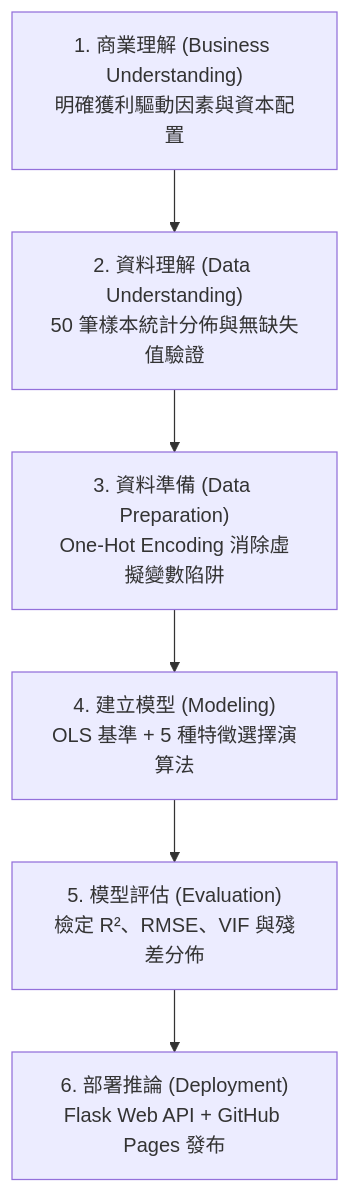
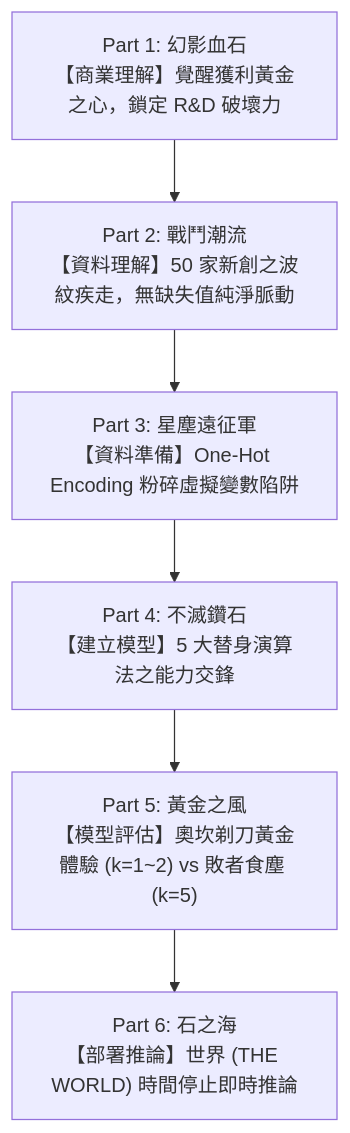
One commit to ryanlin19960221/AIoT-DIC2-MultipleLR changed the diagram in README.md. Above: the diagram before and after it, drawn with Mermaid. The commit also changed other lines of this file and 20 other files, not shown here.

````diff
--- a/README.md
+++ b/README.md
@@ -51,8 +74,8 @@
 ```mermaid
 flowchart TD
-    S1["1. 商業理解 (Business Understanding)<br/>明確獲利驅動因素與資本配置"] --> S2["2. 資料理解 (Data Understanding)<br/>50 筆樣本統計分佈與無缺失值驗證"]
-    S2 --> S3["3. 資料準備 (Data Preparation)<br/>One-Hot Encoding 消除虛擬變數陷阱"]
-    S3 --> S4["4. 建立模型 (Modeling)<br/>OLS 基準 + 5 種特徵選擇演算法"]
-    S4 --> S5["5. 模型評估 (Evaluation)<br/>檢定 R²、RMSE、VIF 與殘差分佈"]
-    S5 --> S6["6. 部署推論 (Deployment)<br/>Flask Web API + GitHub Pages 發布"]
+    P1["Part 1: 幻影血石<br/>【商業理解】覺醒獲利黃金之心，鎖定 R&D 破壞力"] --> P2["Part 2: 戰鬥潮流<br/>【資料理解】50 家新創之波紋疾走，無缺失值純淨脈動"]
+    P2 --> P3["Part 3: 星塵遠征軍<br/>【資料準備】One-Hot Encoding 粉碎虛擬變數陷阱"]
+    P3 --> P4["Part 4: 不滅鑽石<br/>【建立模型】5 大替身演算法之能力交鋒"]
+    P4 --> P5["Part 5: 黃金之風<br/>【模型評估】奧坎剃刀黃金體驗 (k=1~2) vs 敗者食塵 (k=5)"]
+    P5 --> P6["Part 6: 石之海<br/>【部署推論】世界 (THE WORLD) 時間停止即時推論"]
 ```
````
